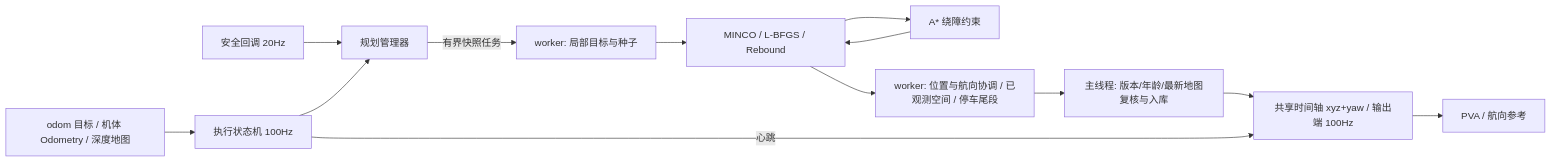
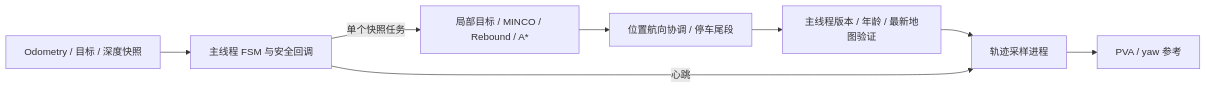
Before and after one commit to 3SE-Competitive-Robotics-Team/firefly: the second of 2 diagrams in docs/architecture.md, drawn with Mermaid. The commit also changed other lines of this file and 36 other files, not shown here.

````diff
--- a/docs/architecture.md
+++ b/docs/architecture.md
@@ -479,15 +395,10 @@
 ```mermaid
 flowchart LR
-    Input[odom 目标 / 机体 Odometry / 深度地图] --> FSM[执行状态机 100Hz]
-    Safety[安全回调 20Hz] --> Manager[规划管理器]
-    FSM --> Manager
-    Manager -->|有界快照任务| Init[worker: 局部目标与种子]
-    Init --> Optimizer[MINCO / L-BFGS / Rebound]
-    Optimizer --> AStar[A* 绕障约束]
-    AStar --> Optimizer
-    Optimizer --> Motion[worker: 位置与航向协调 / 已观测空间 / 停车尾段]
-    Motion --> Store[主线程: 版本/年龄/最新地图复核与入库]
-    Store --> Server[共享时间轴 xyz+yaw / 输出端 100Hz]
+    Input[Odometry / 目标 / 深度快照] --> FSM[主线程 FSM 与安全回调]
+    FSM -->|单个快照任务| Worker[局部目标 / MINCO / Rebound / A*]
+    Worker --> Motion[位置航向协调 / 停车尾段]
+    Motion --> Check[主线程版本 / 年龄 / 最新地图验证]
+    Check --> Server[轨迹采样进程]
     FSM -->|心跳| Server
-    Server --> Reference[PVA / 航向参考]
+    Server --> Ref[PVA / yaw 参考]
 ```
````
